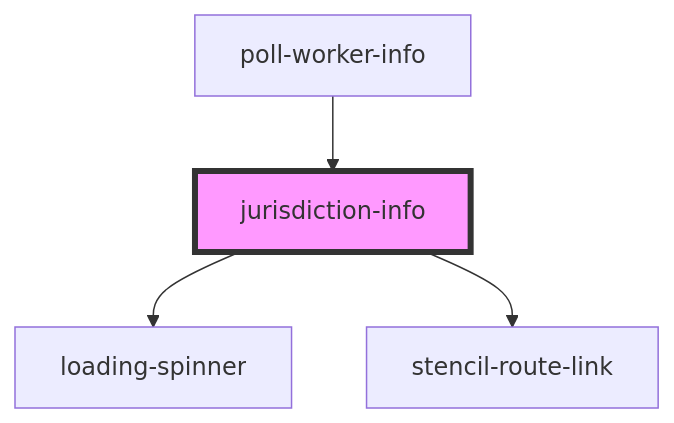
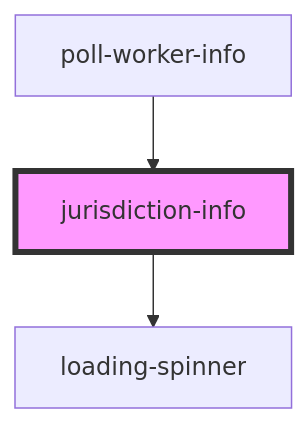
Before and after one commit to pizza-to-the-polls/power-the-polls: the diagram in power-the-polls-form/src/components/jurisdiction-info/readme.md, drawn with Mermaid. The commit also changed other lines of this file and 19 other files, not shown here.

````diff
--- a/power-the-polls-form/src/components/jurisdiction-info/readme.md
+++ b/power-the-polls-form/src/components/jurisdiction-info/readme.md
@@ -28,7 +27,6 @@
 ```mermaid
 graph TD;
   jurisdiction-info --> loading-spinner
-  jurisdiction-info --> stencil-route-link
   poll-worker-info --> jurisdiction-info
   style jurisdiction-info fill:#f9f,stroke:#333,stroke-width:4px
 ```
````
